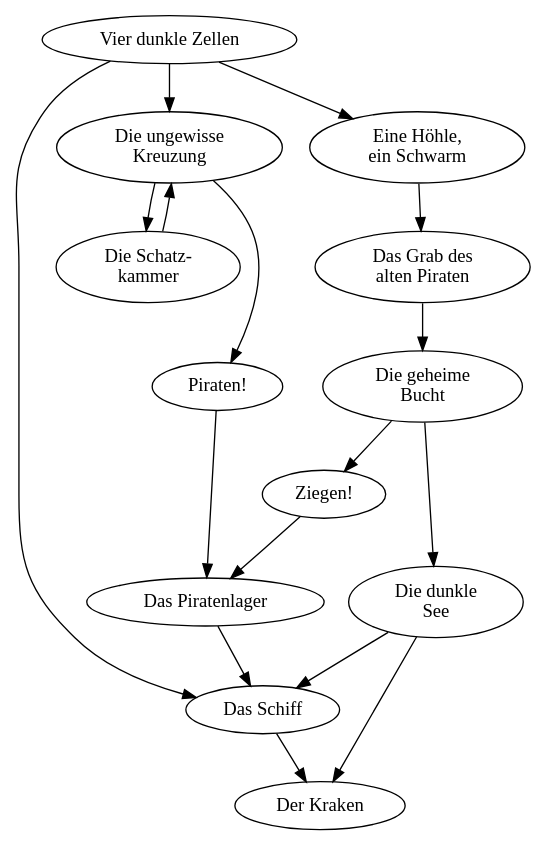
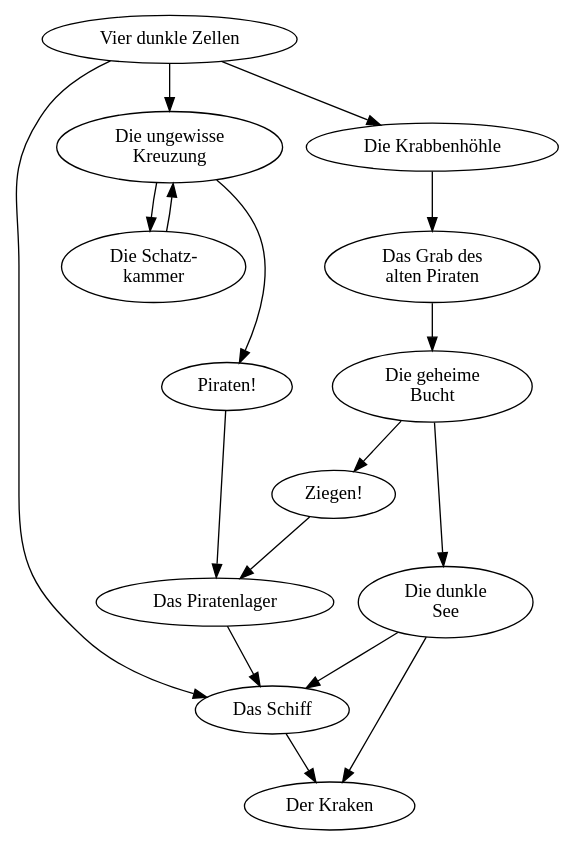
The diagram in issue03/img/pointcrawl.dot (lskh/Grenzland-Zine), drawn with Graphviz before and after one commit. The commit also changed 37 other files, not shown here.

```diff
--- a/issue03/img/pointcrawl.dot
+++ b/issue03/img/pointcrawl.dot
@@ -1,30 +1,30 @@
 digraph pointcrawl {
 	a [label="Vier dunkle Zellen"];
 	b [label="Die ungewisse\n Kreuzung"];
 	c [label="Die Schatz-\nkammer"];
 	d [label="Piraten!"];
 	e [label="Das Piratenlager"];
 	f [label="Das Schiff"];
-	g [label="Eine Höhle,\n ein Schwarm"];
+	g [label="Die Krabbenhöhle"];
 	h [label="Das Grab des\n alten Piraten"];
 	i [label="Die geheime\nBucht"];
 	j [label="Ziegen!"];
 	k [label="Die dunkle\n See"];
         l [label="Der Kraken"];
 
 	a -> b;
 	b -> {c d};
 	c -> b;
 	d -> e;
 	e -> f;
 	a -> g;
 	g -> h;
 	h -> i;
 	i -> j;
 	j -> e;
 	i -> k;
 	k -> f;
 	f -> l;
 	k -> l;
         a -> f;
 }
```
